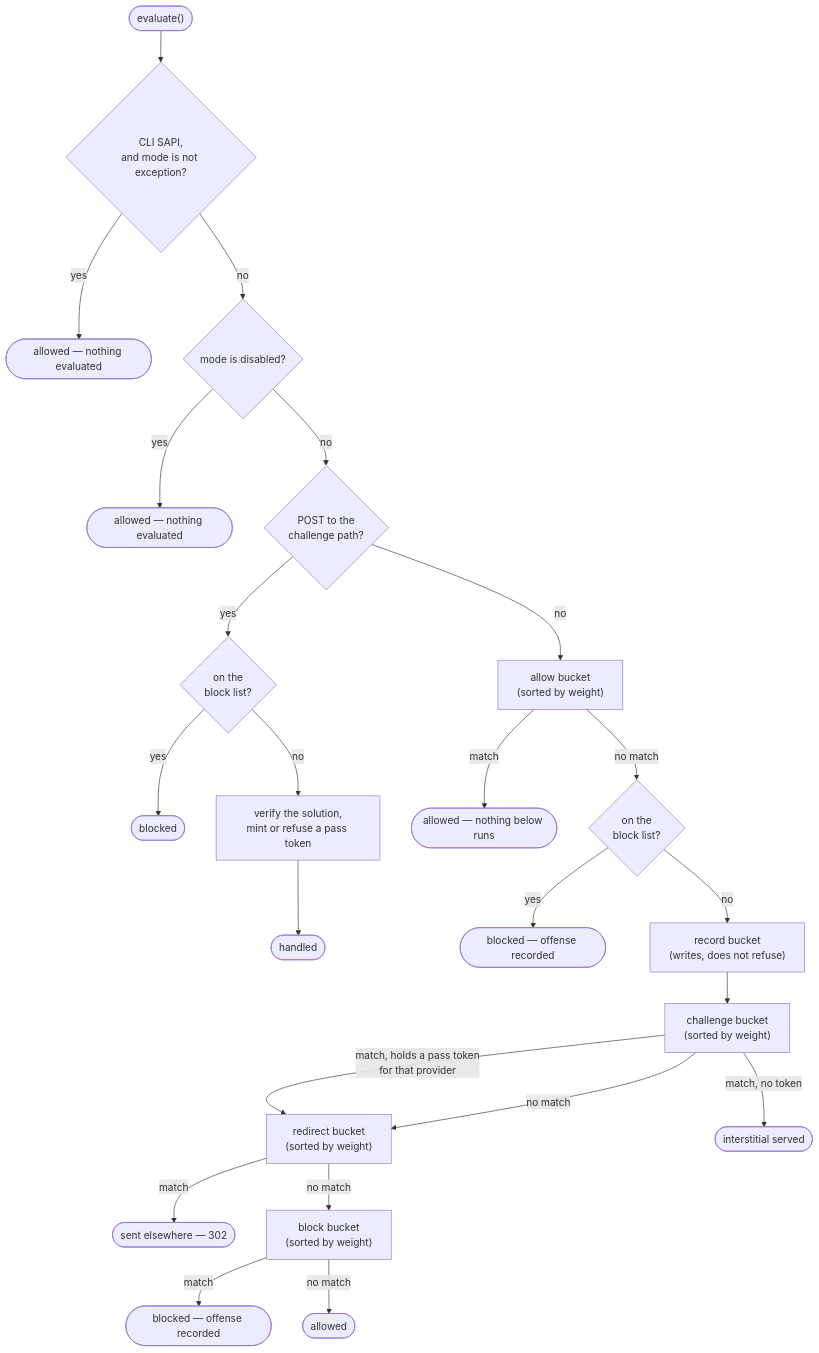
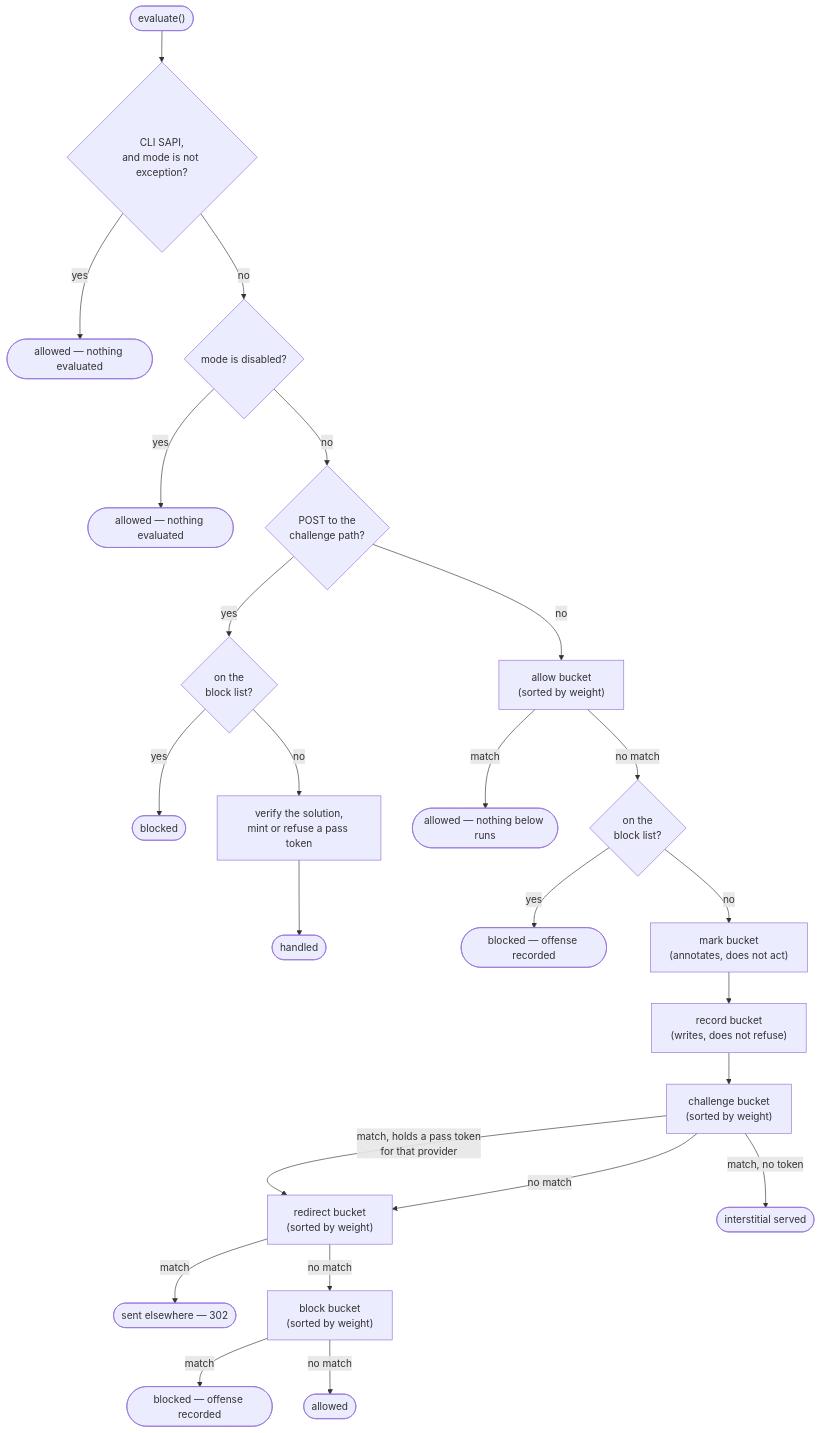
Before and after one commit to kanopi/firewall: the diagram in docs/reference/evaluation-order.md, drawn with Mermaid. The commit also changed other lines of this file and 6 other files, not shown here.

````diff
--- a/docs/reference/evaluation-order.md
+++ b/docs/reference/evaluation-order.md
@@ -7,30 +7,31 @@
 ```mermaid
 flowchart TD
     START(["evaluate()"]) --> CLI{"CLI SAPI,<br/>and mode is not exception?"}
     CLI -->|yes| ALLOW1(["allowed — nothing evaluated"])
     CLI -->|no| DISABLED{"mode is disabled?"}
     DISABLED -->|yes| ALLOW2(["allowed — nothing evaluated"])
     DISABLED -->|no| SUB{"POST to the<br/>challenge path?"}
 
     SUB -->|yes| SUBLIST{"on the<br/>block list?"}
     SUBLIST -->|yes| BLOCKED1(["blocked"])
     SUBLIST -->|no| SOLVE["verify the solution,<br/>mint or refuse a pass token"]
     SOLVE --> DONE(["handled"])
 
     SUB -->|no| BUCKET1["allow bucket<br/>(sorted by weight)"]
     BUCKET1 -->|match| ALLOW3(["allowed — nothing below runs"])
     BUCKET1 -->|no match| LIST{"on the<br/>block list?"}
 
     LIST -->|yes| BLOCKED2(["blocked — offense recorded"])
-    LIST -->|no| REC["record bucket<br/>(writes, does not refuse)"]
+    LIST -->|no| MRK["mark bucket<br/>(annotates, does not act)"]
+    MRK --> REC["record bucket<br/>(writes, does not refuse)"]
     REC --> BUCKET2["challenge bucket<br/>(sorted by weight)"]
 
     BUCKET2 -->|"match, holds a pass token<br/>for that provider"| RDR
     BUCKET2 -->|"match, no token"| CHALLENGE(["interstitial served"])
     BUCKET2 -->|"no match"| RDR["redirect bucket<br/>(sorted by weight)"]
     RDR -->|match| SENT(["sent elsewhere — 302"])
     RDR -->|no match| BUCKET3["block bucket<br/>(sorted by weight)"]
 
     BUCKET3 -->|match| BLOCKED3(["blocked — offense recorded"])
     BUCKET3 -->|no match| ALLOW4(["allowed"])
 ```
````
